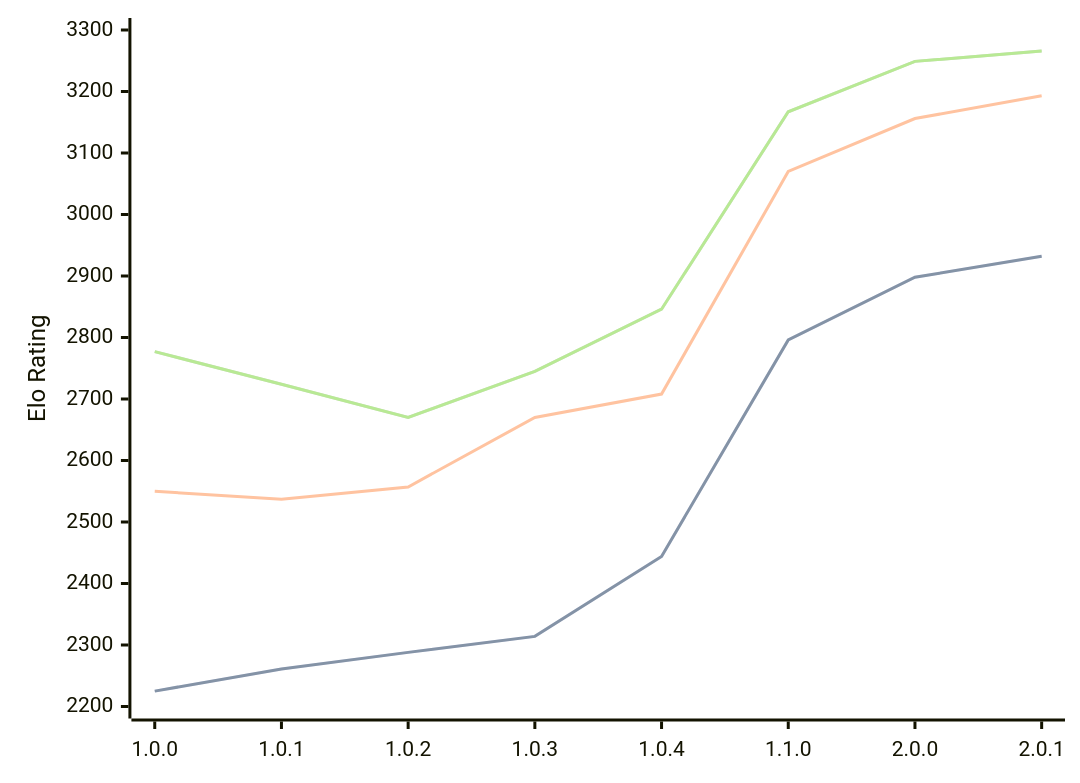
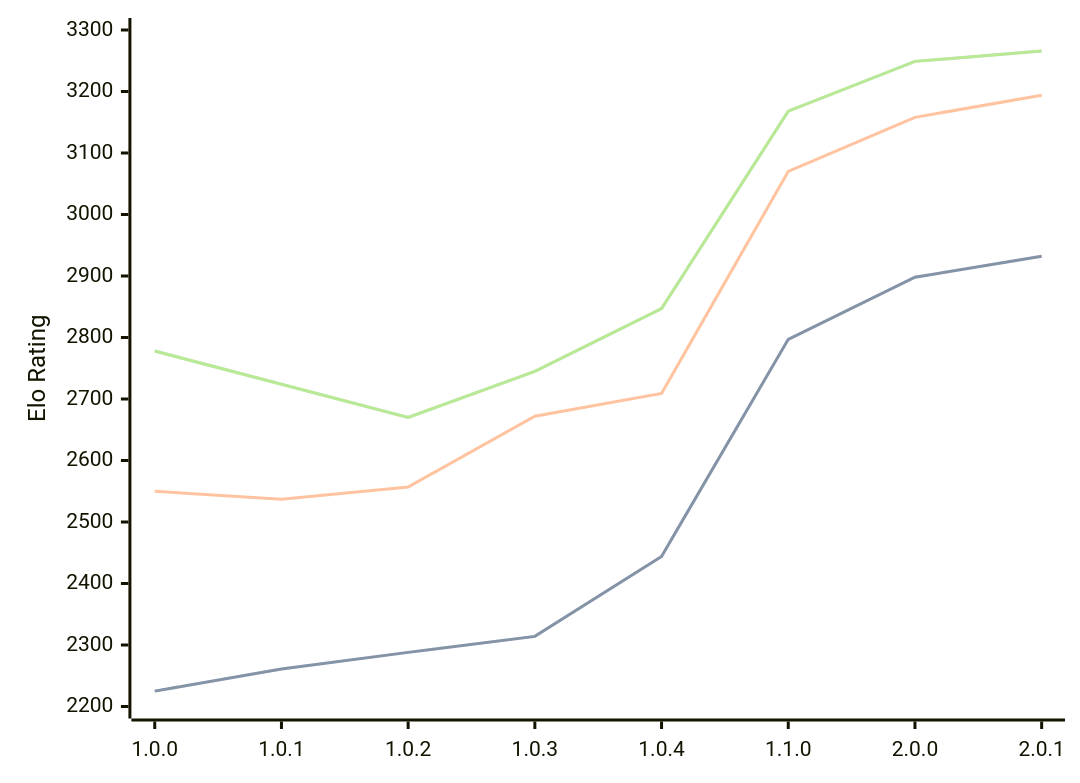
The diagram in engines/Grail.md (computer-chess-index/cci), drawn with Mermaid before and after one commit. The commit also changed other lines of this file, not shown here.

Commit message:
Update CCI Ratings (ELO VLTC) - 2026-07-31

````diff
--- a/engines/Grail.md
+++ b/engines/Grail.md
@@ -38,11 +38,11 @@
 ```mermaid
 %%{init: {"theme":"base","themeVariables":{"seriesColors:['#a3a3a3','#222221','#faa371']}}}%%
 xychart-beta
   x-axis ["1.0.0", "1.0.1", "1.0.2", "1.0.3", "1.0.4", "1.1.0", "2.0.0", "2.0.1"]
   y-axis "Elo Rating" 2200 --> 3300
-  line "STC (8.0+0.08s)" [2225, 2261, 2288, 2314, 2444, 2796, 2898, 2932]
-  line "STC (8.0+0.08s)" [2225, 2261, 2288, 2314, 2444, 2796, 2898, 2932]
-  line "LTC (60.0+0.60s)" [2550, 2537, 2557, 2670, 2708, 3070, 3156, 3193]
-  line "VLTC (2m24s+1.12s)" [2777, 2724, 2670, 2745, 2846, 3167, 3249, 3266]
-  line "VLTC (2m24s+1.12s)" [2777, 2724, 2670, 2745, 2846, 3167, 3249, 3266]
+  line "STC (8.0+0.08s)" [2225, 2261, 2288, 2314, 2444, 2797, 2898, 2932]
+  line "STC (8.0+0.08s)" [2225, 2261, 2288, 2314, 2444, 2797, 2898, 2932]
+  line "LTC (60.0+0.60s)" [2550, 2537, 2557, 2672, 2709, 3070, 3158, 3194]
+  line "VLTC (2m24s+1.12s)" [2778, 2724, 2670, 2745, 2847, 3168, 3249, 3266]
+  line "VLTC (2m24s+1.12s)" [2778, 2724, 2670, 2745, 2847, 3168, 3249, 3266]
 ```
````
